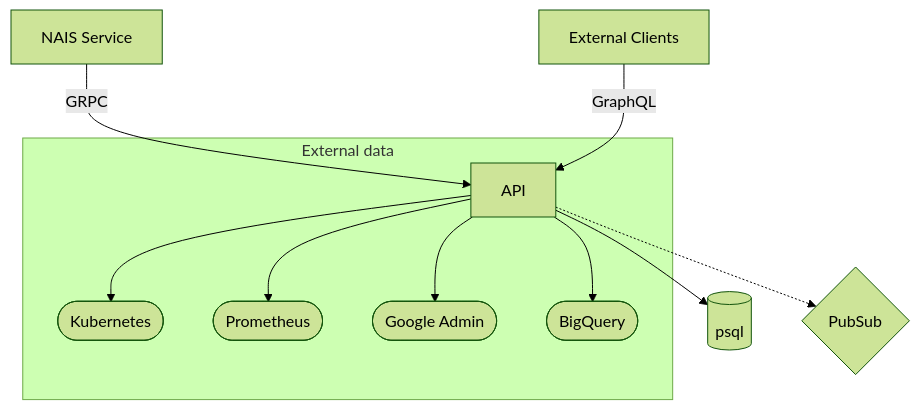
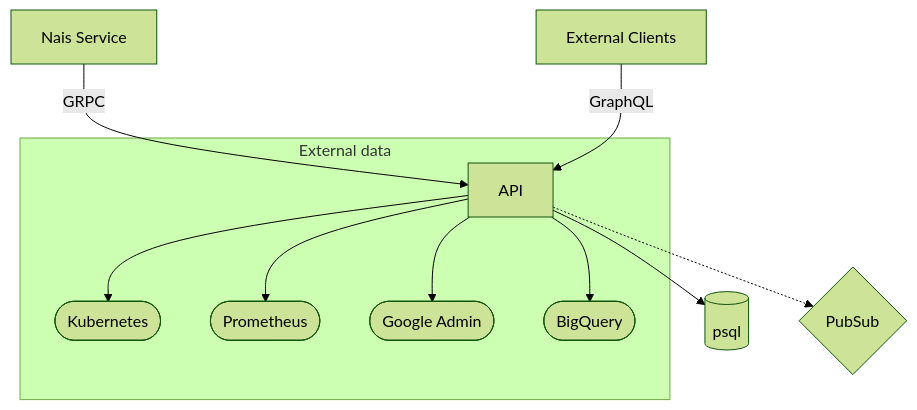
One commit to nais/api changed the diagram in README.md. Above: the diagram before and after it, drawn with Mermaid (forest theme). The commit also changed other lines of this file and 5 other files, not shown here.

````diff
--- a/README.md
+++ b/README.md
@@ -54,15 +54,15 @@
 ```mermaid
 
 graph TD
   API --> Postgres[(psql)]
-  Service[NAIS Service] --> |GRPC|API
+  Service[Nais Service] --> |GRPC|API
   Clients[External Clients] --> |GraphQL|API
   API -.-> PubSub{PubSub}
 
   subgraph ext [External data]
     API --> K8s([Kubernetes])
     API --> Prom([Prometheus])
     API --> GA([Google Admin])
     API --> BQ([BigQuery])
   end
 ```
````
